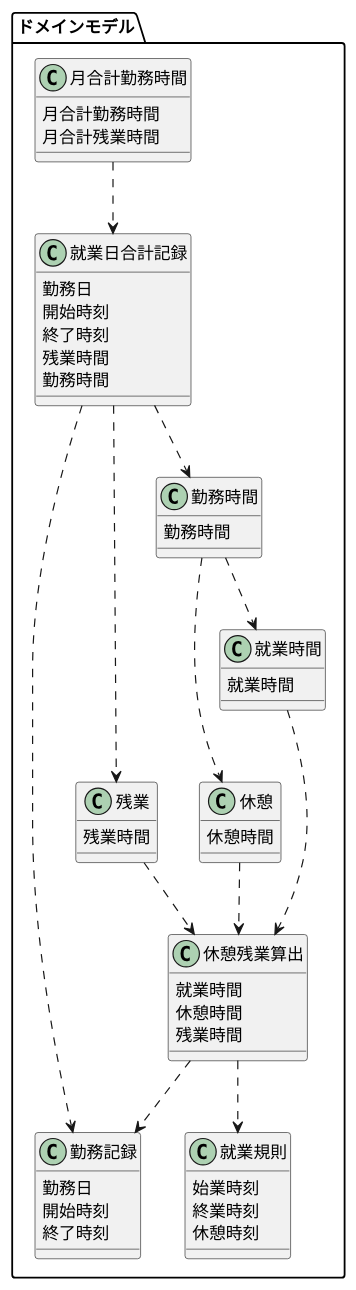
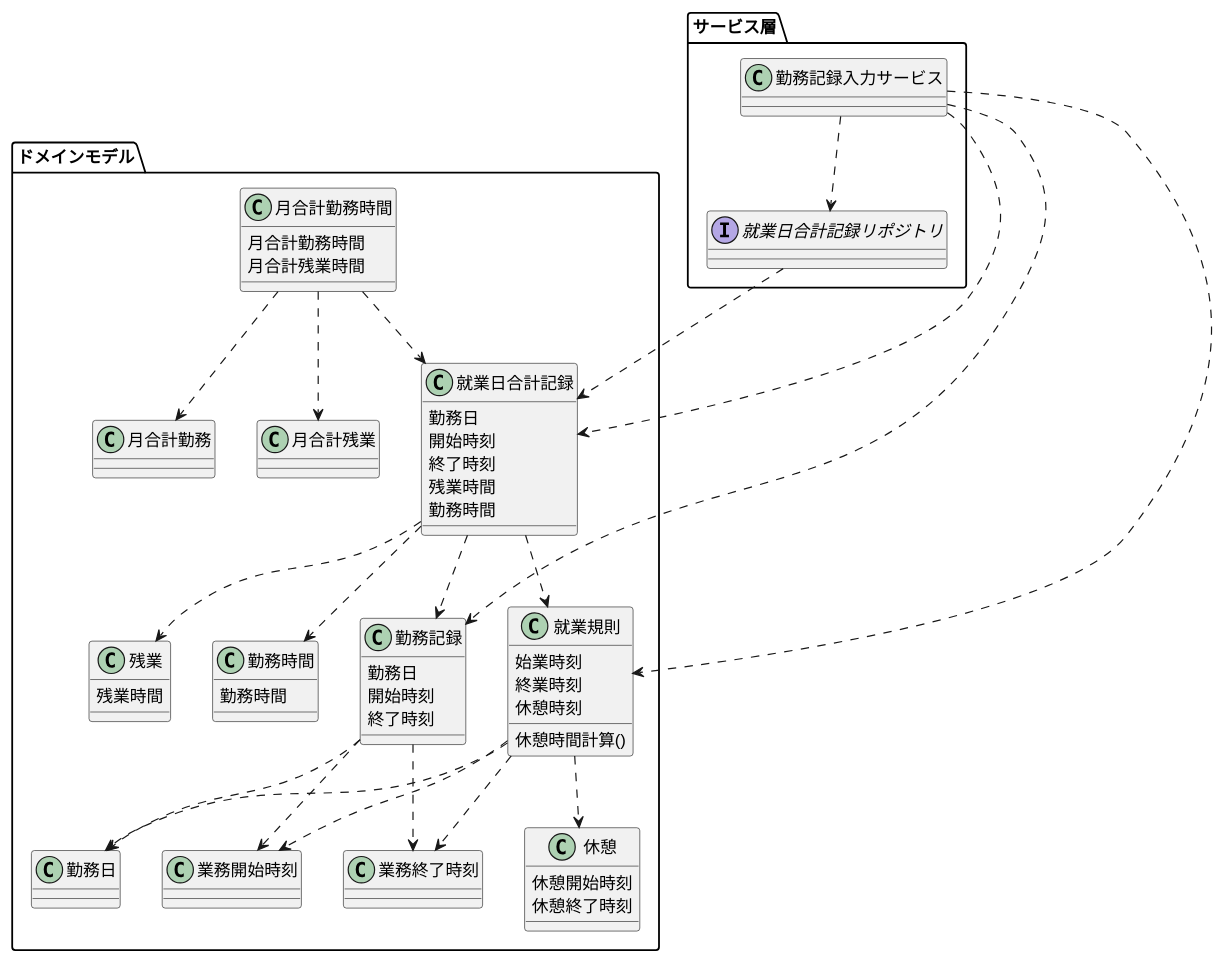
Before and after one commit to biglobe-isp/kintai: the diagram in Kmodel.puml, drawn with PlantUML.

Commit message:
勤務記録テストに伴うドメインモデル修正

```diff
--- a/Kmodel.puml
+++ b/Kmodel.puml
@@ -1,55 +1,80 @@
 @startuml kintaiD
 package ドメインモデル{
     class 勤務記録{
         勤務日
         開始時刻
         終了時刻
     }
     class 就業規則{
         始業時刻
         終業時刻
         休憩時刻
+
+        休憩時間計算()
     }
-    class 休憩残業算出{
-        就業時間
-        休憩時間
-        残業時間
+    class 勤務日{
+    }
+    class 業務開始時刻{
+    }
+    class 業務終了時刻{
+    }
 
-    }
     class 休憩{
-        休憩時間
+        休憩開始時刻
+        休憩終了時刻
     }
     class 残業{
         残業時間
     }
-    class 就業時間{
-        就業時間
-    }
+    
     class 勤務時間{
         勤務時間
     }
     class 就業日合計記録{
         勤務日
         開始時刻
         終了時刻
         残業時間
         勤務時間
     }
     class 月合計勤務時間{
         月合計勤務時間
         月合計残業時間
     }
-    休憩残業算出 ..> 就業規則
-    休憩残業算出 ..>勤務記録
-    休憩 ..>休憩残業算出
-    残業 ..>休憩残業算出
+    class 月合計勤務{
+    }
+    class 月合計残業{
+    }
+    就業日合計記録 ..> 勤務時間
+    就業日合計記録 ..> 残業
+    就業日合計記録 ..> 就業規則
+    就業日合計記録 ..> 勤務記録
 
-    就業時間 ...> 休憩残業算出
-    勤務時間 ..> 休憩
-    勤務時間 ..> 就業時間
-    就業日合計記録 ..> 勤務時間
-    就業日合計記録 ..> 勤務記録
-    就業日合計記録 ..> 残業  
+    就業規則 ..> 休憩
+    就業規則 ..> 勤務日
+    就業規則 ..> 業務開始時刻
+    就業規則 ..> 業務終了時刻
+    
+    勤務記録 ..> 勤務日
+    勤務記録 ..> 業務開始時刻
+    勤務記録 ..> 業務終了時刻
+
     月合計勤務時間 ..> 就業日合計記録
+    月合計勤務時間 ..> 月合計勤務
+    月合計勤務時間 ..> 月合計残業
+}
+package サービス層{
+    class 勤務記録入力サービス{
+
+    }
+    interface 就業日合計記録リポジトリ{
+
+    }
+    勤務記録入力サービス ..> 就業日合計記録
+    勤務記録入力サービス ..> 就業日合計記録リポジトリ
+    勤務記録入力サービス ..> 勤務記録
+    就業日合計記録リポジトリ..> 就業日合計記録
+    勤務記録入力サービス ..> 就業規則
+    
 }
 @enduml
```
